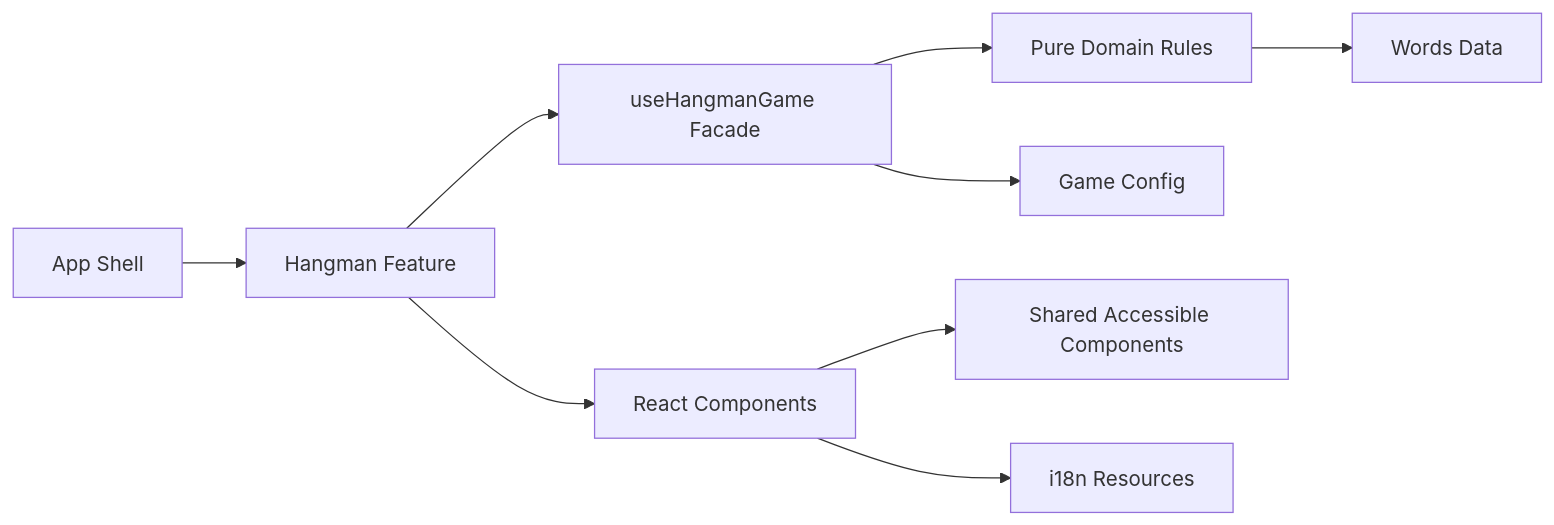
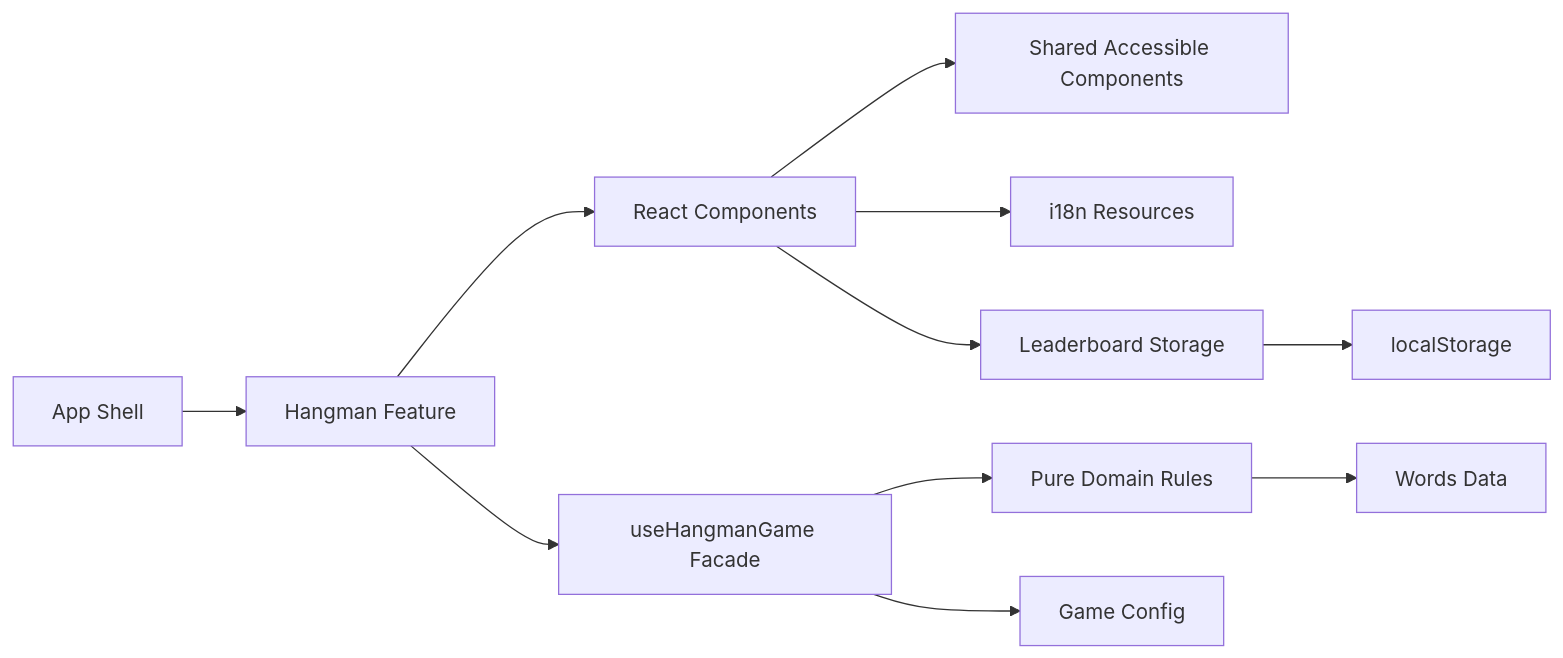
Before and after one commit to NaktoG/premium-hangman-app: the diagram in docs/diagrams/architecture.md, drawn with Mermaid. The commit also changed 23 other files, not shown here.

Commit message:
feat: add start screen and local leaderboard

````diff
--- a/docs/diagrams/architecture.md
+++ b/docs/diagrams/architecture.md
@@ -3,11 +3,13 @@
 ```mermaid
 flowchart LR
   App[App Shell] --> Feature[Hangman Feature]
   Feature --> Components[React Components]
   Feature --> Hook[useHangmanGame Facade]
   Hook --> Domain[Pure Domain Rules]
   Hook --> Config[Game Config]
   Components --> Shared[Shared Accessible Components]
   Components --> I18n[i18n Resources]
   Domain --> Data[Words Data]
+  Components --> Storage[Leaderboard Storage]
+  Storage --> Browser[localStorage]
 ```
````
